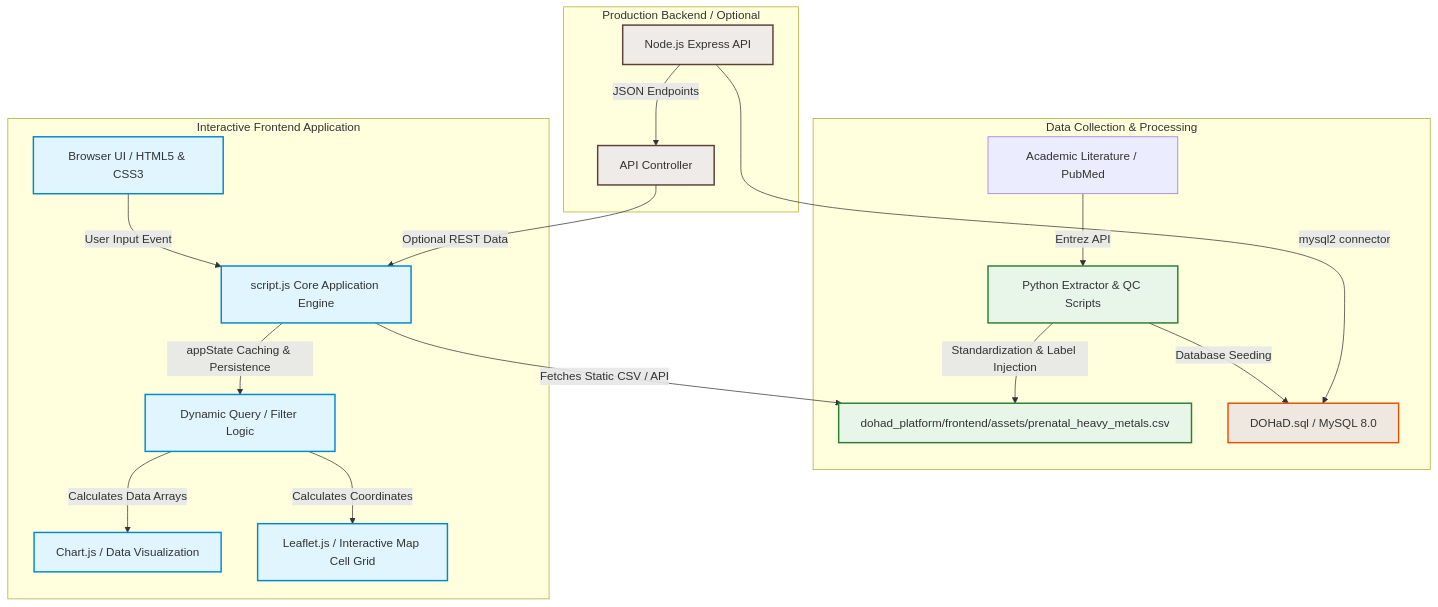
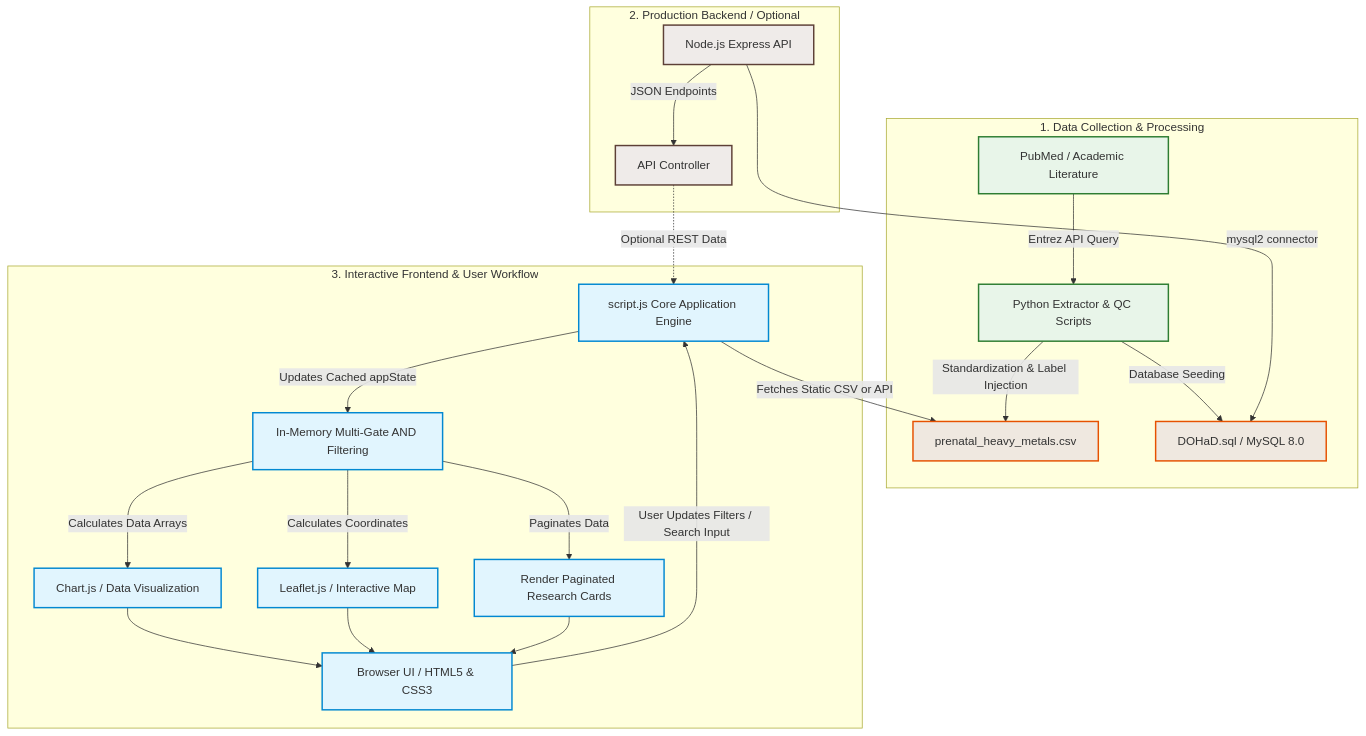
The diagram in README.md (Arnav-Mathur07/DoHad), drawn with Mermaid before and after one commit. The commit also changed other lines of this file, not shown here.

````diff
--- a/README.md
+++ b/README.md
@@ -46,43 +48,48 @@
 ```mermaid
-graph TD
+flowchart TD
     %% Define styles
     classDef frontend fill:#e1f5fe,stroke:#0288d1,stroke-width:2px;
     classDef backend fill:#efebe9,stroke:#5d4037,stroke-width:2px;
     classDef storage fill:#efe8e0,stroke:#e65100,stroke-width:2px;
     classDef ingestion fill:#e8f5e9,stroke:#2e7d32,stroke-width:2px;
 
-    %% Data Ingestion Pipeline
-    subgraph Curation [Data Collection & Processing]
-        A[Academic Literature / PubMed] -->|Entrez API| B[Python Extractor & QC Scripts]
-        B -->|Standardization & Label Injection| C[dohad_platform/frontend/assets/prenatal_heavy_metals.csv]
+    %% 1. Data Ingestion Pipeline
+    subgraph Curation [1. Data Collection & Processing]
+        A[PubMed / Academic Literature] -->|Entrez API Query| B[Python Extractor & QC Scripts]
+        B -->|Standardization & Label Injection| C[prenatal_heavy_metals.csv]
         B -->|Database Seeding| D[DOHaD.sql / MySQL 8.0]
     end
-    class B,C ingestion;
-    class D storage;
+    class A,B ingestion;
+    class C,D storage;
 
-    %% Server & Storage Layer
-    subgraph ServerLayer [Production Backend / Optional]
+    %% 2. Server Layer
+    subgraph ServerLayer [2. Production Backend / Optional]
         E[Node.js Express API] -->|mysql2 connector| D
         E -->|JSON Endpoints| F[API Controller]
     end
     class E,F backend;
 
-    %% Client Layer
-    subgraph ClientLayer [Interactive Frontend Application]
+    %% 3. Client Layer Workflow
+    subgraph ClientLayer [3. Interactive Frontend & User Workflow]
         G[Browser UI / HTML5 & CSS3]
         H[script.js Core Application Engine]
-        I[Dynamic Query / Filter Logic]
+        I[In-Memory Multi-Gate AND Filtering]
         J[Chart.js / Data Visualization]
-        K[Leaflet.js / Interactive Map Cell Grid]
+        K[Leaflet.js / Interactive Map]
+        L[Render Paginated Research Cards]
 
-        G -->|User Input Event| H
-        H -->|Fetches Static CSV / API| C
-        H -->|appState Caching & Persistence| I
+        G -->|User Updates Filters / Search Input| H
+        H -->|Fetches Static CSV or API| C
+        H -->|Updates Cached appState| I
         I -->|Calculates Data Arrays| J
         I -->|Calculates Coordinates| K
+        I -->|Paginates Data| L
+        J --> G
+        K --> G
+        L --> G
     end
-    class G,H,I,J,K frontend;
+    class G,H,I,J,K,L frontend;
 
     %% Interconnection
-    F -->|Optional REST Data| H
+    F -.->|Optional REST Data| H
 ```
````
